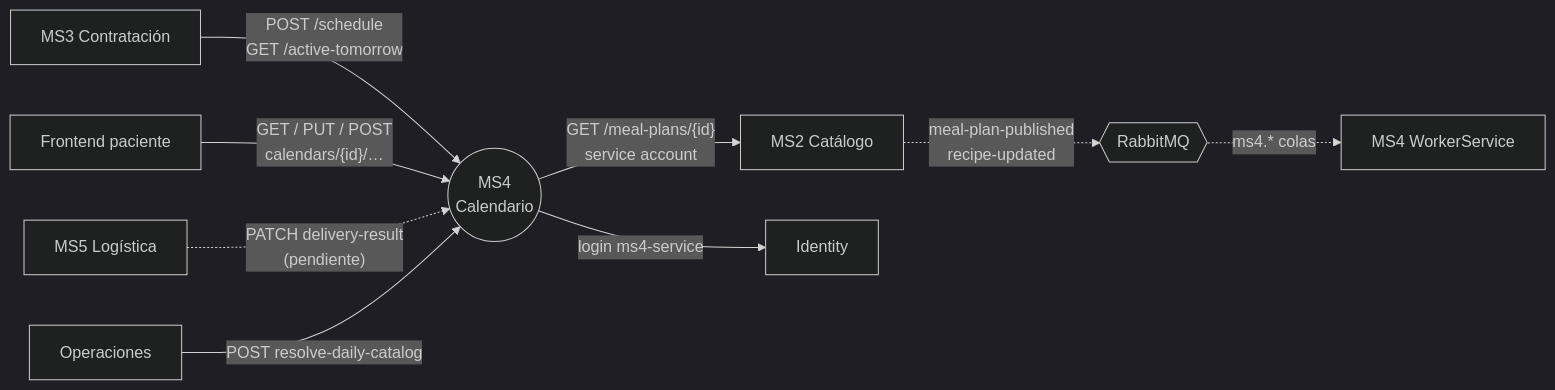
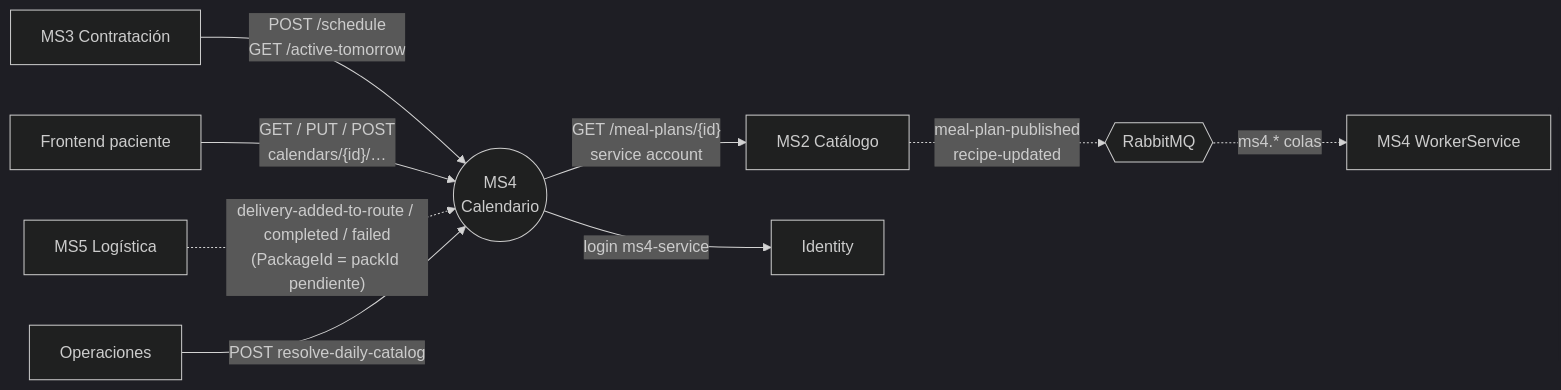
The diagram in services/ms4-delivery-calendar/README.md (Nur-tricenter/knowledge), drawn with Mermaid (dark theme) before and after one commit. The commit also changed other lines of this file and 11 other files, not shown here.

````diff
--- a/services/ms4-delivery-calendar/README.md
+++ b/services/ms4-delivery-calendar/README.md
@@ -36,11 +36,11 @@
 ```mermaid
 flowchart LR
   MS3[MS3 Contratación] -- "POST /schedule<br/>GET /active-tomorrow" --> MS4((MS4<br/>Calendario))
   FE[Frontend paciente] -- "GET / PUT / POST<br/>calendars/{id}/…" --> MS4
-  MS5[MS5 Logística] -. "PATCH delivery-result<br/>(pendiente)" .-> MS4
+  MS5[MS5 Logística] -. "delivery-added-to-route / completed / failed<br/>(PackageId = packId pendiente)" .-> MS4
   OPS[Operaciones] -- "POST resolve-daily-catalog" --> MS4
   MS4 -- "GET /meal-plans/{id}<br/>service account" --> MS2[MS2 Catálogo]
   MS4 -- "login ms4-service" --> ID[Identity]
   MS2 -. "meal-plan-published<br/>recipe-updated" .-> MQ{{RabbitMQ}}
   MQ -. "ms4.* colas" .-> W[MS4 WorkerService]
 ```
````
